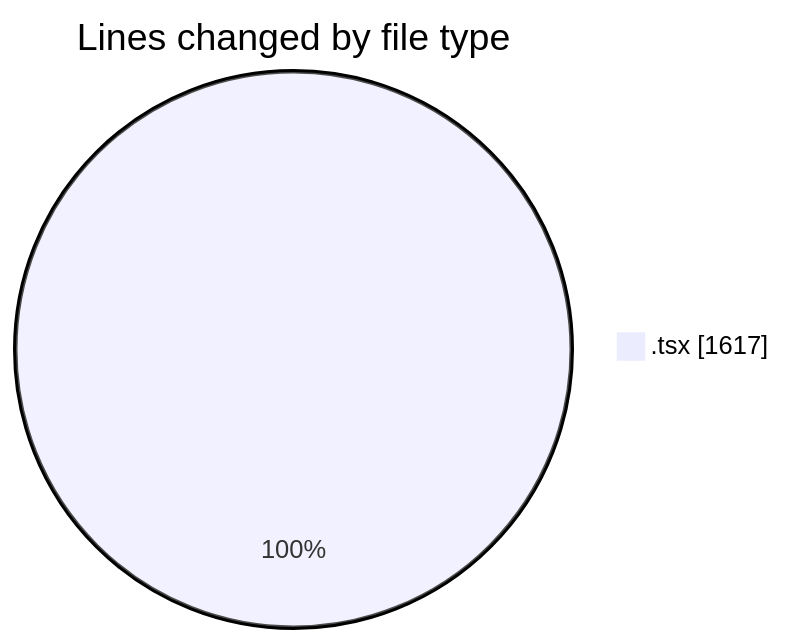
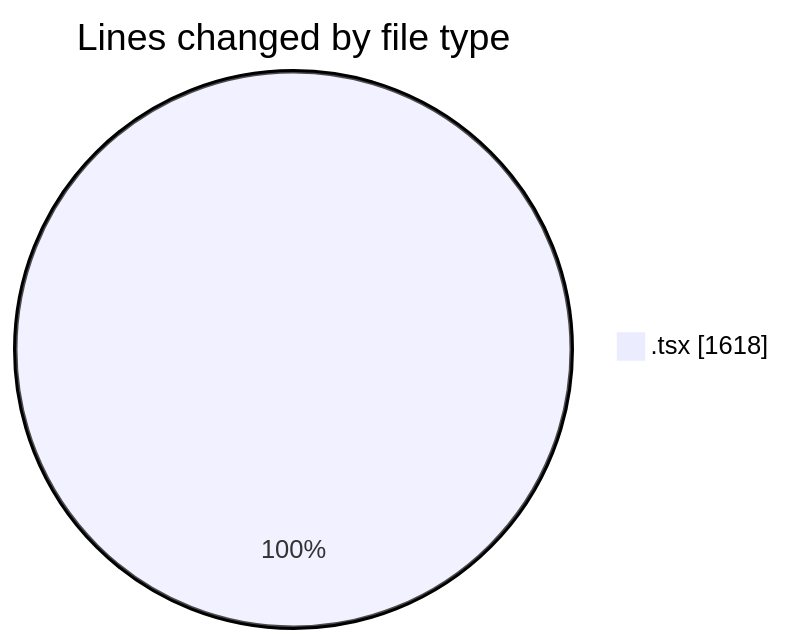
Before and after one commit to nxtqubesakshisongat/code-tracking: the first of 2 diagrams in 2026-03-18/nxtqube_webapp/README.md, drawn with Mermaid. The commit also changed other lines of this file and 1 other file, not shown here.

````diff
--- a/2026-03-18/nxtqube_webapp/README.md
+++ b/2026-03-18/nxtqube_webapp/README.md
@@ -23,5 +23,5 @@
 ```mermaid
 pie showData
 title Lines changed by file type
-".tsx" : 1617
+".tsx" : 1618
 ```
````
